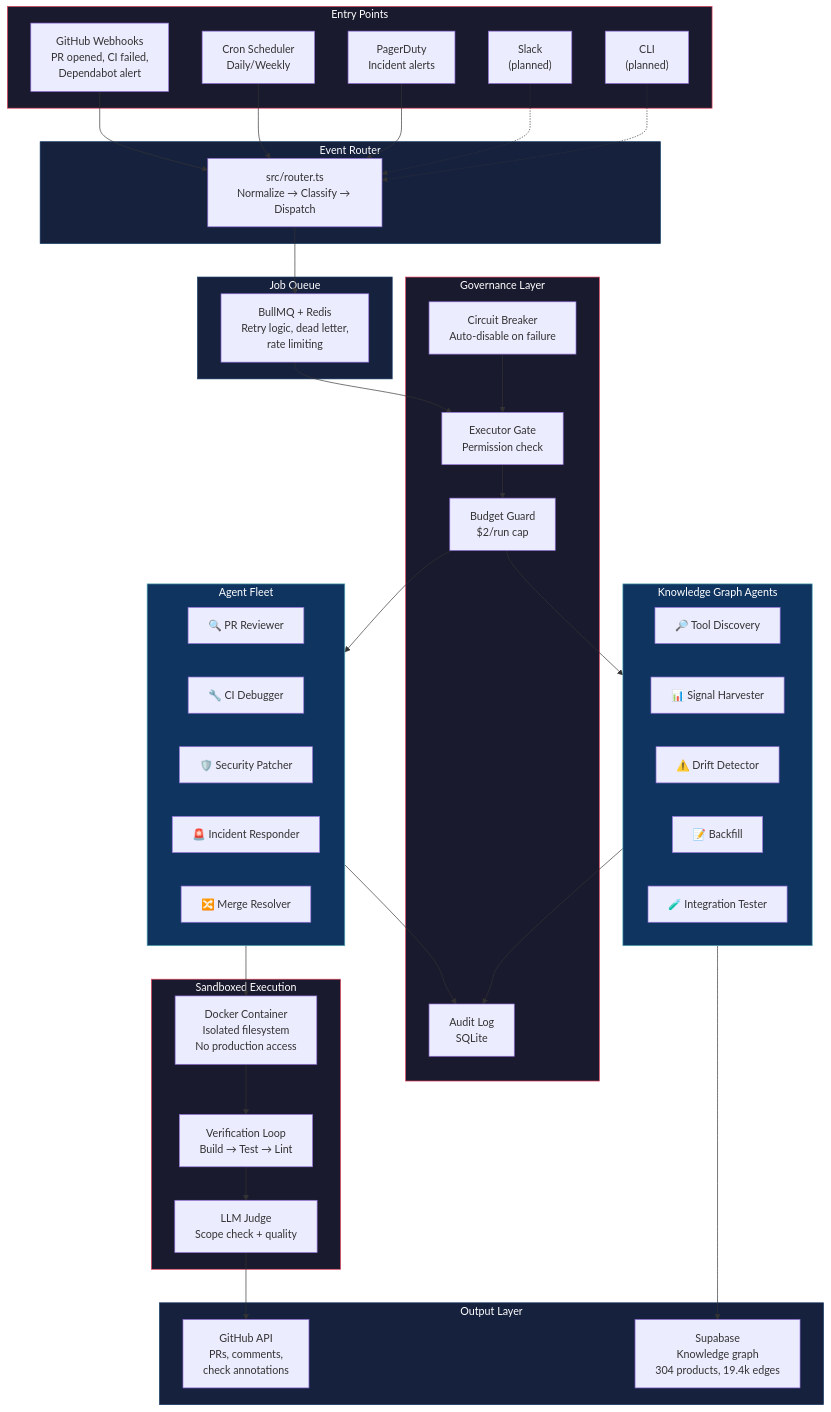
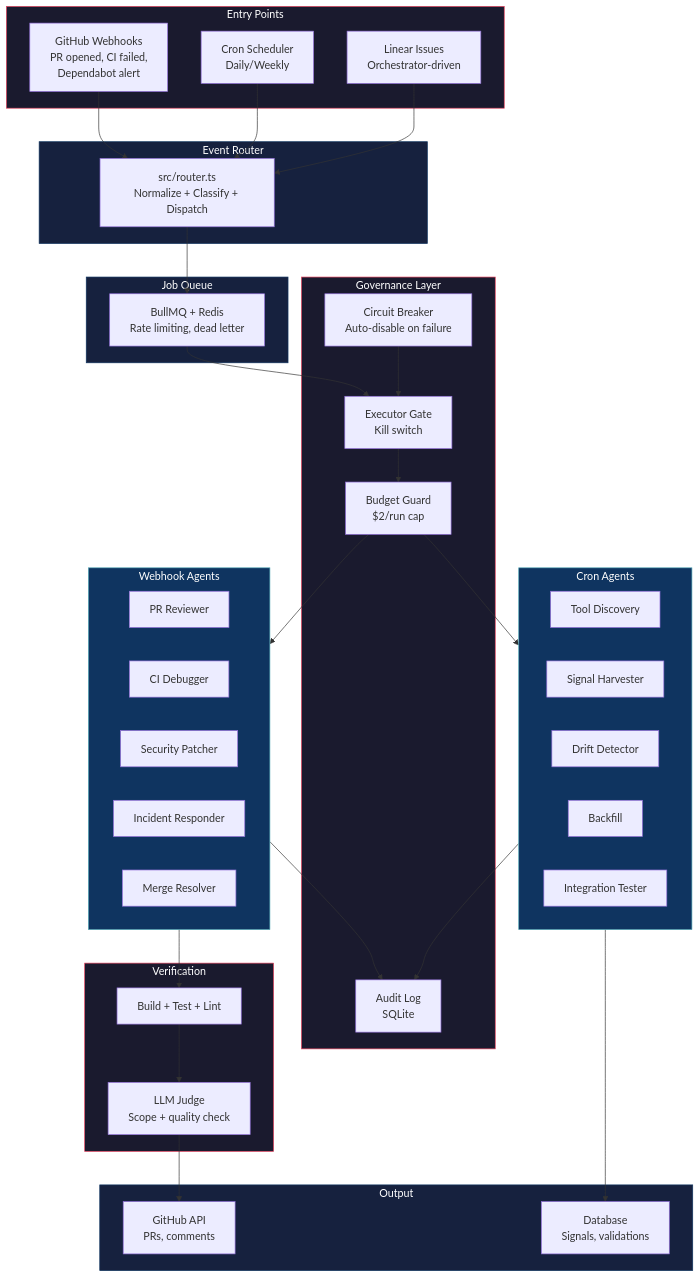
Before and after one commit to Chipagosfinest/software-factory: the first of 3 diagrams in README.md, drawn with Mermaid. The commit also changed other lines of this file and 14 other files, not shown here.

````diff
--- a/README.md
+++ b/README.md
@@ -27,80 +25,74 @@
 ```mermaid
 graph TB
     subgraph Entry["Entry Points"]
         GH["GitHub Webhooks<br/>PR opened, CI failed,<br/>Dependabot alert"]
         CRON["Cron Scheduler<br/>Daily/Weekly"]
-        PD["PagerDuty<br/>Incident alerts"]
-        SLACK["Slack<br/>(planned)"]
-        CLI["CLI<br/>(planned)"]
+        LIN["Linear Issues<br/>Orchestrator-driven"]
     end
 
     subgraph Router["Event Router"]
-        ER["src/router.ts<br/>Normalize → Classify → Dispatch"]
+        ER["src/router.ts<br/>Normalize + Classify + Dispatch"]
     end
 
     subgraph Queue["Job Queue"]
-        BULL["BullMQ + Redis<br/>Retry logic, dead letter,<br/>rate limiting"]
+        BULL["BullMQ + Redis<br/>Rate limiting, dead letter"]
     end
 
     subgraph Governance["Governance Layer"]
-        GATE["Executor Gate<br/>Permission check"]
+        GATE["Executor Gate<br/>Kill switch"]
         BUDGET["Budget Guard<br/>$2/run cap"]
         CB["Circuit Breaker<br/>Auto-disable on failure"]
         AUDIT["Audit Log<br/>SQLite"]
     end
 
-    subgraph Agents["Agent Fleet"]
-        PR["🔍 PR Reviewer"]
-        CI["🔧 CI Debugger"]
-        SEC["🛡️ Security Patcher"]
-        INC["🚨 Incident Responder"]
-        MRG["🔀 Merge Resolver"]
+    subgraph Agents["Webhook Agents"]
+        PR["PR Reviewer"]
+        CI["CI Debugger"]
+        SEC["Security Patcher"]
+        INC["Incident Responder"]
+        MRG["Merge Resolver"]
     end
 
-    subgraph CronAgents["Knowledge Graph Agents"]
-        DISC["🔎 Tool Discovery"]
-        SIG["📊 Signal Harvester"]
-        DRIFT["⚠️ Drift Detector"]
-        BACK["📝 Backfill"]
-        INT["🧪 Integration Tester"]
+    subgraph CronAgents["Cron Agents"]
+        DISC["Tool Discovery"]
+        SIG["Signal Harvester"]
+        DRIFT["Drift Detector"]
+        BACK["Backfill"]
+        INT["Integration Tester"]
     end
 
-    subgraph Sandbox["Sandboxed Execution"]
-        DOCK["Docker Container<br/>Isolated filesystem<br/>No production access"]
-        VERIFY["Verification Loop<br/>Build → Test → Lint"]
-        JUDGE["LLM Judge<br/>Scope check + quality"]
+    subgraph Verification["Verification"]
+        VERIFY["Build + Test + Lint"]
+        JUDGE["LLM Judge<br/>Scope + quality check"]
     end
 
-    subgraph Output["Output Layer"]
-        GHAPI["GitHub API<br/>PRs, comments,<br/>check annotations"]
-        SUPA["Supabase<br/>Knowledge graph<br/>304 products, 19.4k edges"]
+    subgraph Output["Output"]
+        GHAPI["GitHub API<br/>PRs, comments"]
+        DB["Database<br/>Signals, validations"]
     end
 
     GH --> ER
     CRON --> ER
-    PD --> ER
-    SLACK -.-> ER
-    CLI -.-> ER
+    LIN --> ER
     ER --> BULL
     BULL --> GATE
     GATE --> BUDGET
     BUDGET --> Agents
     BUDGET --> CronAgents
-    Agents --> DOCK
-    CronAgents --> SUPA
-    DOCK --> VERIFY
+    Agents --> VERIFY
     VERIFY --> JUDGE
     JUDGE --> GHAPI
+    CronAgents --> DB
     CB --> GATE
     Agents --> AUDIT
     CronAgents --> AUDIT
 
     style Entry fill:#1a1a2e,stroke:#e94560,color:#fff
     style Router fill:#16213e,stroke:#0f3460,color:#fff
     style Queue fill:#16213e,stroke:#0f3460,color:#fff
     style Governance fill:#1a1a2e,stroke:#e94560,color:#fff
     style Agents fill:#0f3460,stroke:#53a8b6,color:#fff
     style CronAgents fill:#0f3460,stroke:#53a8b6,color:#fff
-    style Sandbox fill:#1a1a2e,stroke:#e94560,color:#fff
+    style Verification fill:#1a1a2e,stroke:#e94560,color:#fff
     style Output fill:#16213e,stroke:#0f3460,color:#fff
 ```
````
